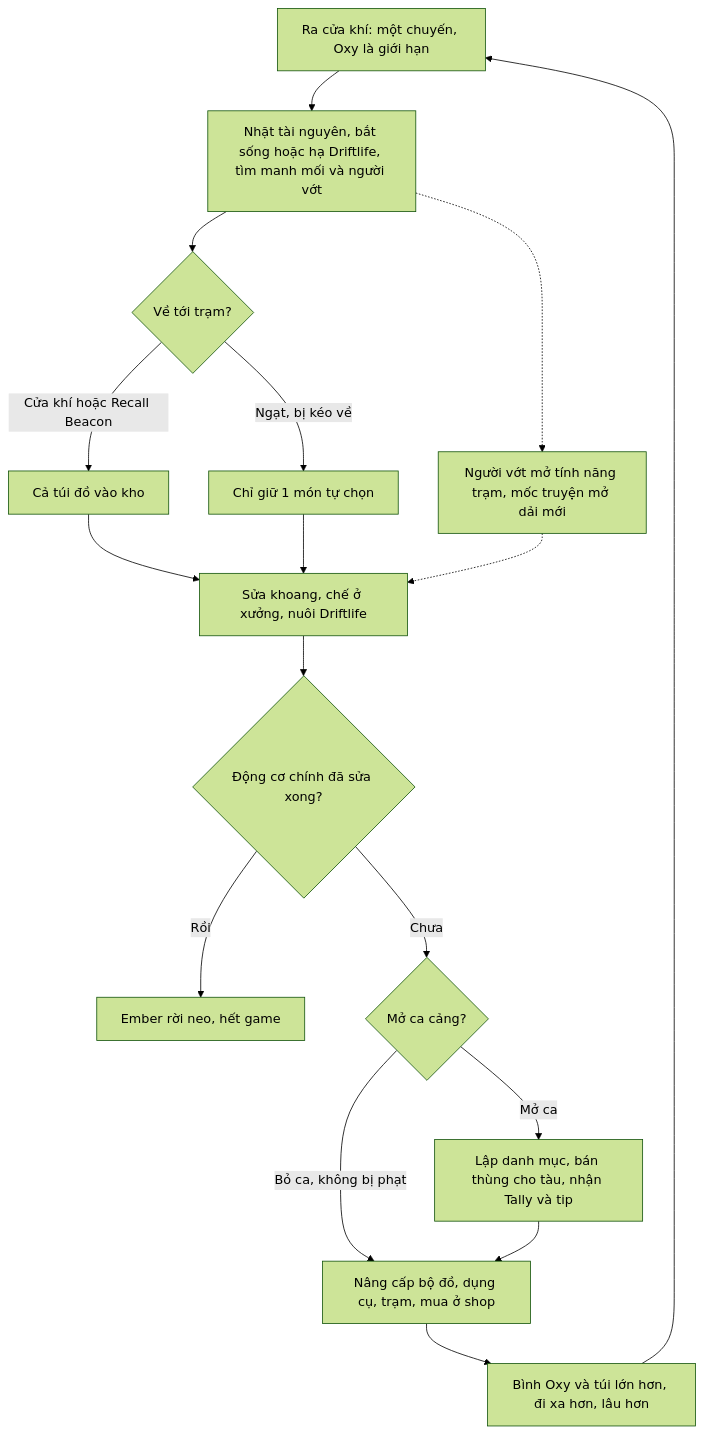
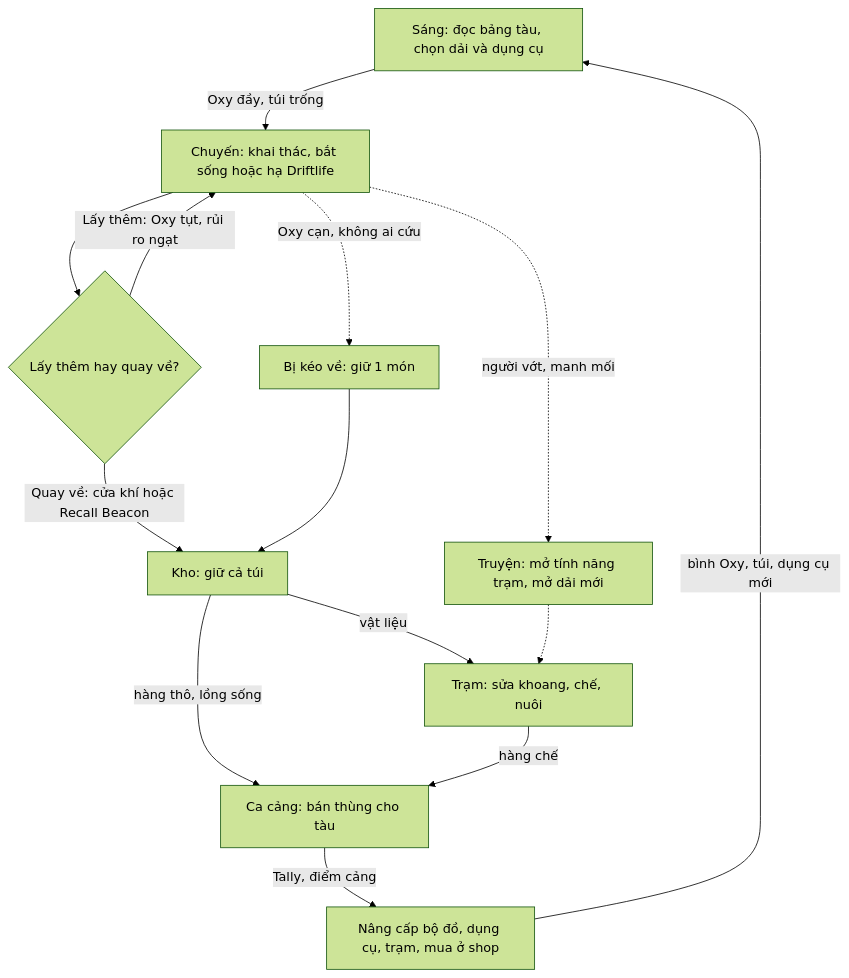
The first of 4 diagrams in projects/game-moi/book/phan-2/01-mot-ngay.md (huycv18/DATN-SP27), drawn with Mermaid (forest theme) before and after one commit. The commit also changed other lines of this file and 1 other file, not shown here.

Commit message:
Viết lại 3 sơ đồ core loop, toàn ca cảng, vòng chương: nhãn dòng tài nguyên trên mũi tên, nút quyết định của người chơi (lấy thêm hay về, lập danh mục, việc nào trước), cổng chương qua Hạng cảng trần chương, bỏ cổng động cơ khỏi core loop

````diff
--- a/projects/game-moi/book/phan-2/01-mot-ngay.md
+++ b/projects/game-moi/book/phan-2/01-mot-ngay.md
@@ -19,19 +19,16 @@
 ```mermaid
 flowchart TD
-  A["Ra cửa khí: một chuyến, Oxy là giới hạn"] --> B["Nhặt tài nguyên, bắt sống hoặc hạ Driftlife, tìm manh mối và người vớt"]
-  B --> C{"Về tới trạm?"}
-  C -->|"Cửa khí hoặc Recall Beacon"| D["Cả túi đồ vào kho"]
-  C -->|"Ngạt, bị kéo về"| E["Chỉ giữ 1 món tự chọn"]
-  D --> F["Sửa khoang, chế ở xưởng, nuôi Driftlife"]
-  E --> F
-  F --> G{"Động cơ chính đã sửa xong?"}
-  G -->|"Rồi"| H["Ember rời neo, hết game"]
-  G -->|"Chưa"| I{"Mở ca cảng?"}
-  I -->|"Mở ca"| J["Lập danh mục, bán thùng cho tàu, nhận Tally và tip"]
-  I -->|"Bỏ ca, không bị phạt"| K
-  J --> K["Nâng cấp bộ đồ, dụng cụ, trạm, mua ở shop"]
-  K --> L["Bình Oxy và túi lớn hơn, đi xa hơn, lâu hơn"]
-  L --> A
-  B -.-> M["Người vớt mở tính năng trạm, mốc truyện mở dải mới"]
-  M -.-> F
+  A["Sáng: đọc bảng tàu, chọn dải và dụng cụ"] -->|"Oxy đầy, túi trống"| B["Chuyến: khai thác, bắt sống hoặc hạ Driftlife"]
+  B --> C{"Lấy thêm hay quay về?"}
+  C -->|"Lấy thêm: Oxy tụt, rủi ro ngạt"| B
+  C -->|"Quay về: cửa khí hoặc Recall Beacon"| D["Kho: giữ cả túi"]
+  B -.->|"Oxy cạn, không ai cứu"| E["Bị kéo về: giữ 1 món"]
+  E --> D
+  D -->|"vật liệu"| F["Trạm: sửa khoang, chế, nuôi"]
+  D -->|"hàng thô, lồng sống"| G["Ca cảng: bán thùng cho tàu"]
+  F -->|"hàng chế"| G
+  G -->|"Tally, điểm cảng"| H["Nâng cấp bộ đồ, dụng cụ, trạm, mua ở shop"]
+  H -->|"bình Oxy, túi, dụng cụ mới"| A
+  B -.->|"người vớt, manh mối"| I["Truyện: mở tính năng trạm, mở dải mới"]
+  I -.-> F
 ```
````
